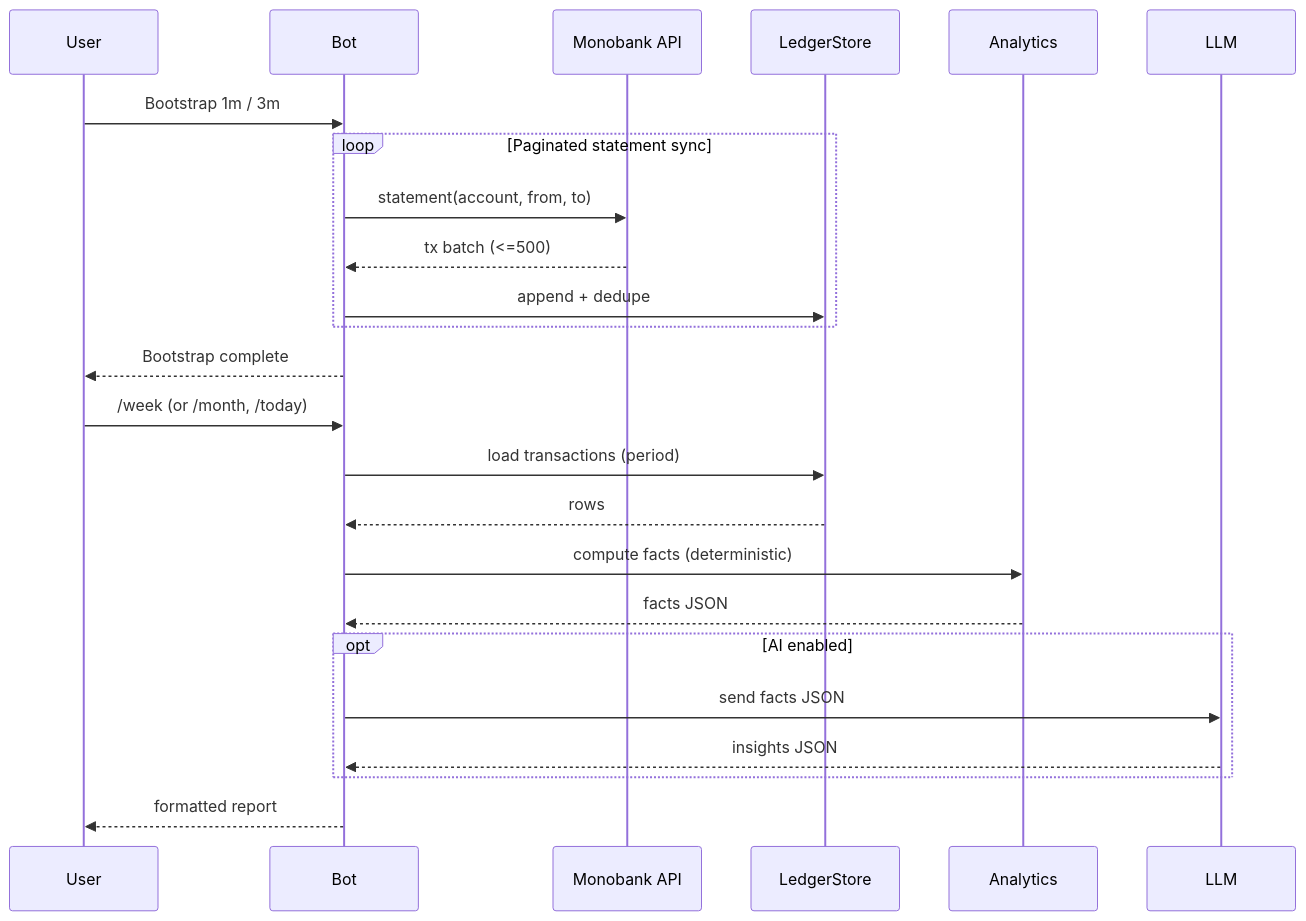
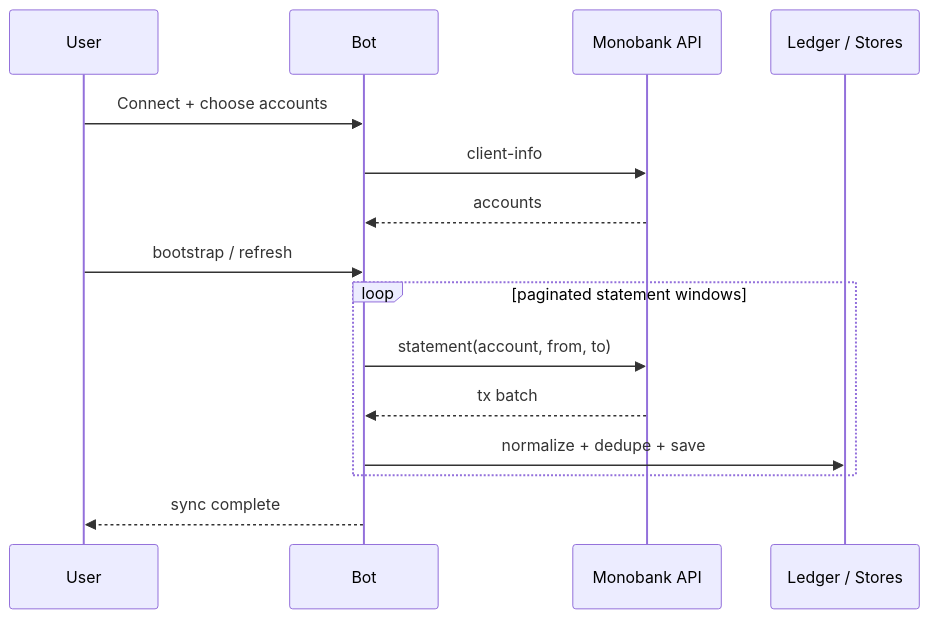
One commit to nagornyydmytro/mono-ai-budget-bot changed the second of 4 diagrams in README.md. Above: the diagram before and after it, drawn with Mermaid. The commit also changed other lines of this file, not shown here.

Commit message:
docs(readme): sync README with button-first product reality

````diff
--- a/README.md
+++ b/README.md
@@ -294,28 +513,18 @@
 ```mermaid
 sequenceDiagram
-participant U as User
-participant B as Bot
-participant MB as Monobank API
-participant L as LedgerStore
-participant A as Analytics
-participant M as LLM
+    participant U as User
+    participant B as Bot
+    participant MB as Monobank API
+    participant L as Ledger / Stores
 
-U->>B: Bootstrap 1m / 3m
-loop Paginated statement sync
-  B->>MB: statement(account, from, to)
-  MB-->>B: tx batch (<=500)
-  B->>L: append + dedupe
-end
-B-->>U: Bootstrap complete
-
-U->>B: /week (or /month, /today)
-B->>L: load transactions (period)
-L-->>B: rows
-B->>A: compute facts (deterministic)
-A-->>B: facts JSON
-opt AI enabled
-  B->>M: send facts JSON
-  M-->>B: insights JSON
-end
-B-->>U: formatted report
+    U->>B: Connect + choose accounts
+    B->>MB: client-info
+    MB-->>B: accounts
+    U->>B: bootstrap / refresh
+    loop paginated statement windows
+        B->>MB: statement(account, from, to)
+        MB-->>B: tx batch
+        B->>L: normalize + dedupe + save
+    end
+    B-->>U: sync complete
 ```
````
